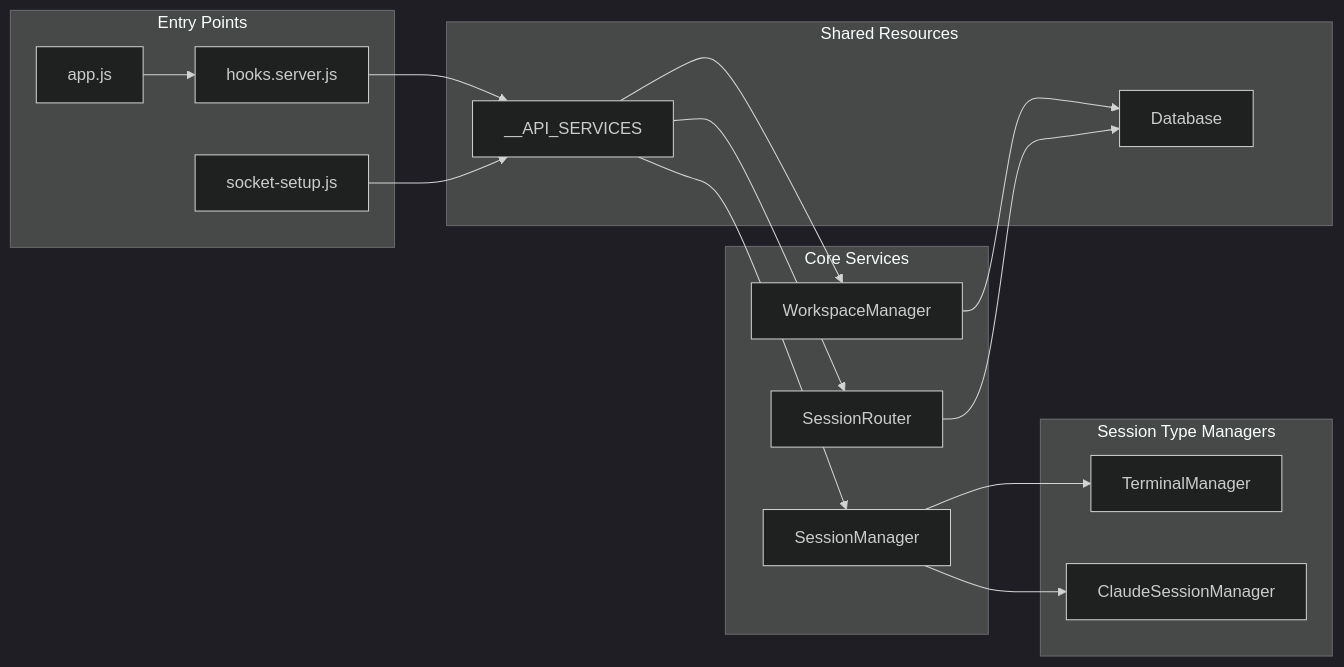
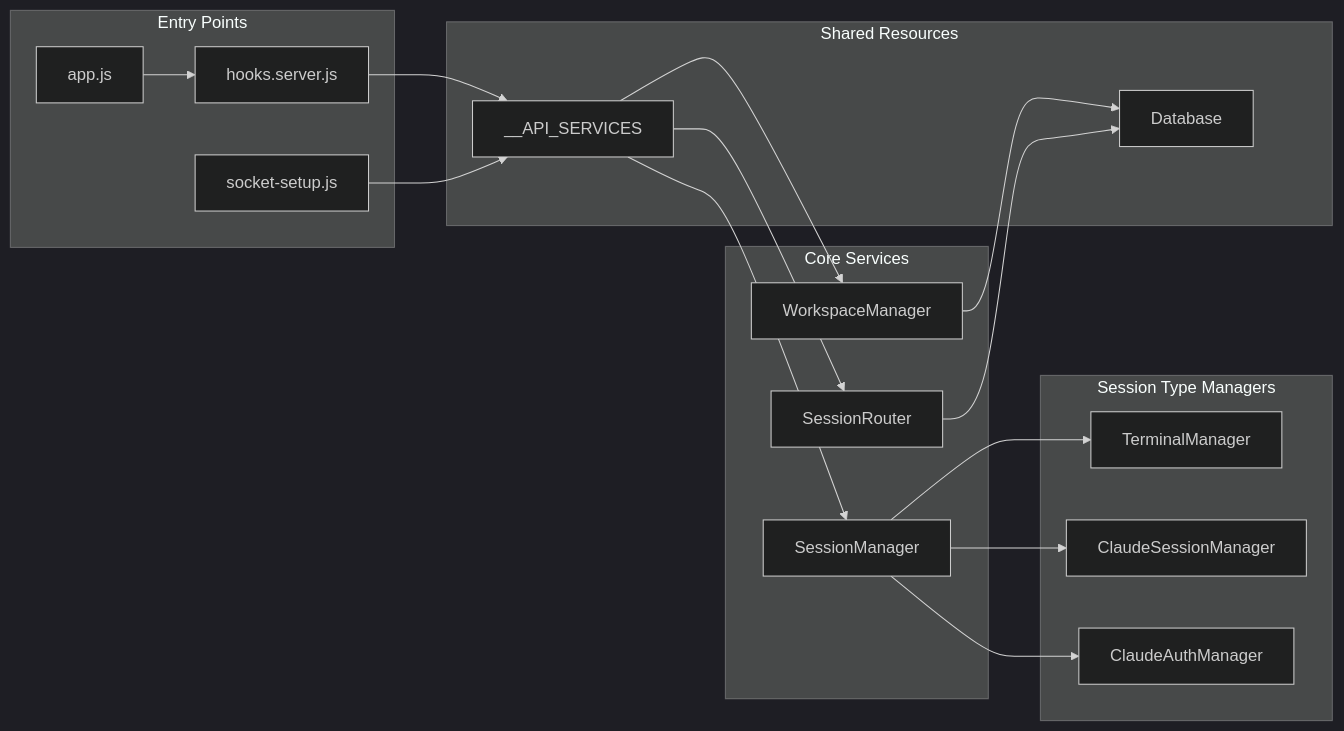
One commit to fwdslsh/dispatch changed the fourth of 13 diagrams in docs/ARCHITECTURE.md. Above: the diagram before and after it, drawn with Mermaid (dark theme). The commit also changed other lines of this file and 15 other files, not shown here.

````diff
--- a/docs/ARCHITECTURE.md
+++ b/docs/ARCHITECTURE.md
@@ -198,38 +198,40 @@
 ```mermaid
 graph LR
     subgraph "Entry Points"
         App[app.js]
         Hooks[hooks.server.js]
         SocketSetup[socket-setup.js]
     end
     
     subgraph "Core Services"
         SM[SessionManager]
         SR[SessionRouter]
         WM[WorkspaceManager]
     end
     
     subgraph "Session Type Managers"
         TM[TerminalManager]
         CM[ClaudeSessionManager]
+        CAM[ClaudeAuthManager]
     end
     
     subgraph "Shared Resources"
         API[__API_SERVICES]
         DB[Database]
     end
     
     App --> Hooks
     Hooks --> API
     SocketSetup --> API
     
     API --> SM
     API --> SR
     API --> WM
     
-    SM --> TM
-    SM --> CM
+SM --> TM
+SM --> CM
+SM --> CAM
     
     WM --> DB
     SR --> DB
 ```
````
